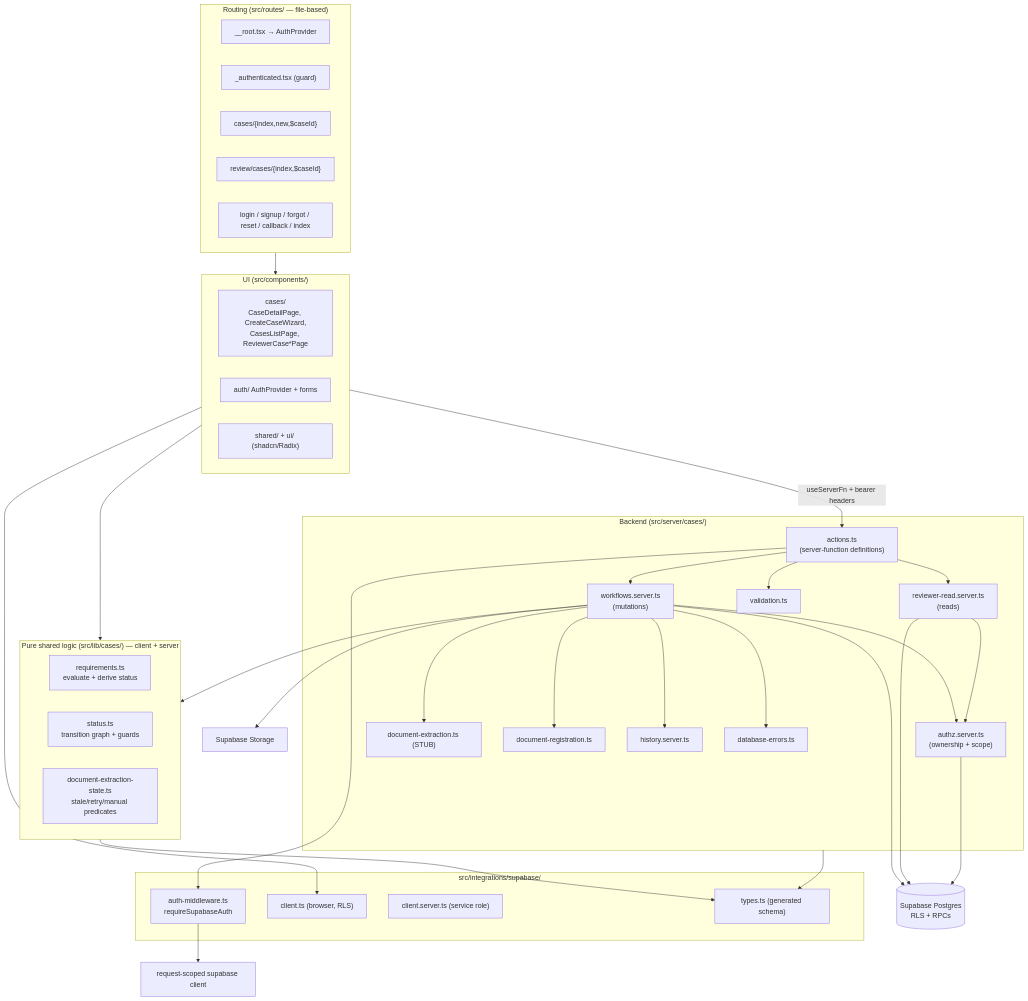
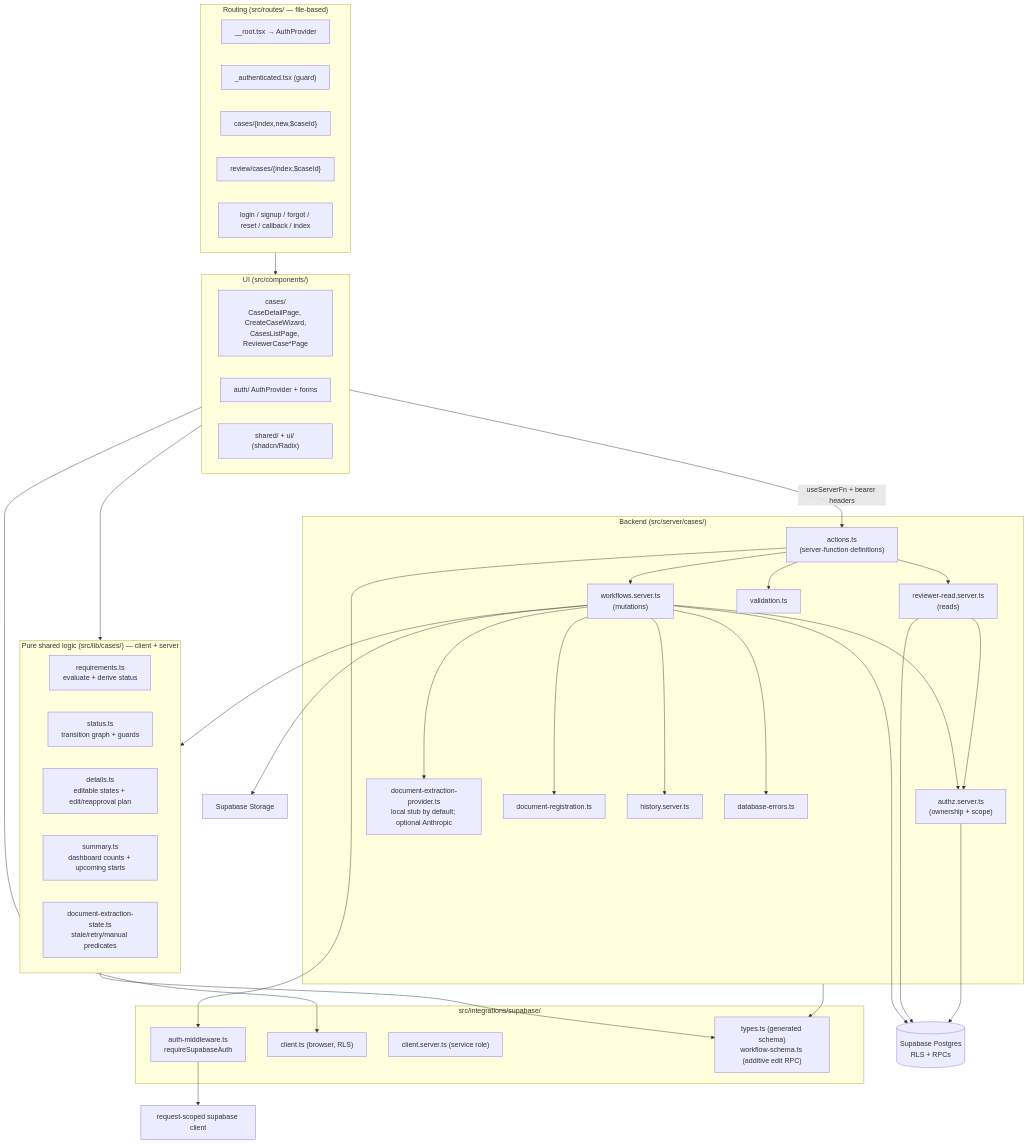
Before and after one commit to rhit-nayeems/visaflow-assistant-main: the third of 13 diagrams in visaflow-assistant-main/ARCHITECTURE.md, drawn with Mermaid. The commit also changed other lines of this file and 71 other files, not shown here.

````diff
--- a/visaflow-assistant-main/ARCHITECTURE.md
+++ b/visaflow-assistant-main/ARCHITECTURE.md
@@ -104,71 +112,73 @@
 ```mermaid
 graph TD
     subgraph Routes["Routing (src/routes/ — file-based)"]
         Root["__root.tsx → AuthProvider"]
         AuthGate["_authenticated.tsx (guard)"]
         StudentRoutes["cases/{index,new,$caseId}"]
         ReviewerRoutes["review/cases/{index,$caseId}"]
         PublicRoutes["login / signup / forgot / reset / callback / index"]
     end
 
     subgraph Components["UI (src/components/)"]
         FeatureCases["cases/<br/>CaseDetailPage, CreateCaseWizard,<br/>CasesListPage, ReviewerCase*Page"]
         AuthUI["auth/ AuthProvider + forms"]
         SharedUI["shared/ + ui/ (shadcn/Radix)"]
     end
 
     subgraph PureLib["Pure shared logic (src/lib/cases/) — client + server"]
         Reqs["requirements.ts<br/>evaluate + derive status"]
         Status["status.ts<br/>transition graph + guards"]
+        Details["details.ts<br/>editable states + edit/reapproval plan"]
+        Summary["summary.ts<br/>dashboard counts + upcoming starts"]
         ExtractState["document-extraction-state.ts<br/>stale/retry/manual predicates"]
     end
 
     subgraph ServerLayer["Backend (src/server/cases/)"]
         Actions["actions.ts<br/>(server-function definitions)"]
         Workflows["workflows.server.ts<br/>(mutations)"]
         ReviewerRead["reviewer-read.server.ts<br/>(reads)"]
         Authz["authz.server.ts<br/>(ownership + scope)"]
         Validation["validation.ts"]
-        Extraction["document-extraction.ts (STUB)"]
+        Extraction["document-extraction-provider.ts<br/>local stub by default; optional Anthropic"]
         DocReg["document-registration.ts"]
         History["history.server.ts"]
         Errors["database-errors.ts"]
     end
 
     subgraph Integration["src/integrations/supabase/"]
         Mw["auth-middleware.ts<br/>requireSupabaseAuth"]
         ClientB["client.ts (browser, RLS)"]
         ClientS["client.server.ts (service role)"]
-        Types["types.ts (generated schema)"]
+        Types["types.ts (generated schema)<br/>workflow-schema.ts (additive edit RPC)"]
     end
 
     DB[("Supabase Postgres<br/>RLS + RPCs")]
     Store["Supabase Storage"]
 
     Routes --> Components
     Components -->|"useServerFn + bearer headers"| Actions
     Components --> PureLib
     Components --> ClientB
 
     Actions --> Mw
     Actions --> Validation
     Actions --> Workflows
     Actions --> ReviewerRead
 
     Workflows --> Authz
     Workflows --> PureLib
     Workflows --> Extraction
     Workflows --> DocReg
     Workflows --> History
     Workflows --> Errors
     ReviewerRead --> Authz
 
     Mw --> ClientB2["request-scoped supabase client"]
     Workflows --> DB
     ReviewerRead --> DB
     Workflows --> Store
     Authz --> DB
 
     PureLib --> Types
     ServerLayer --> Types
 ```
````
